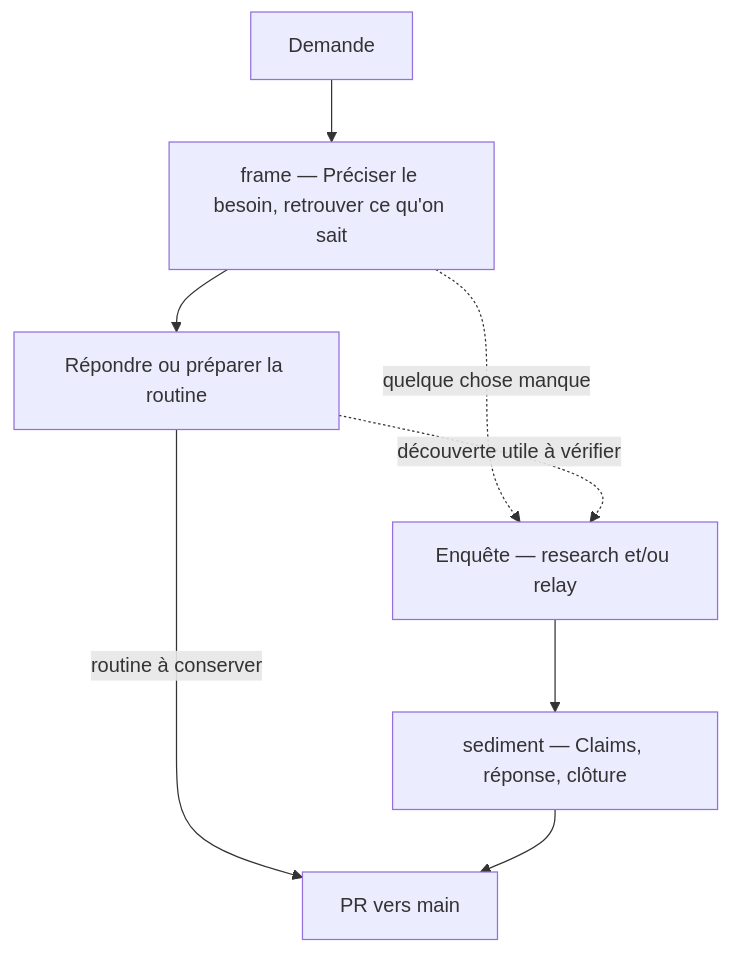
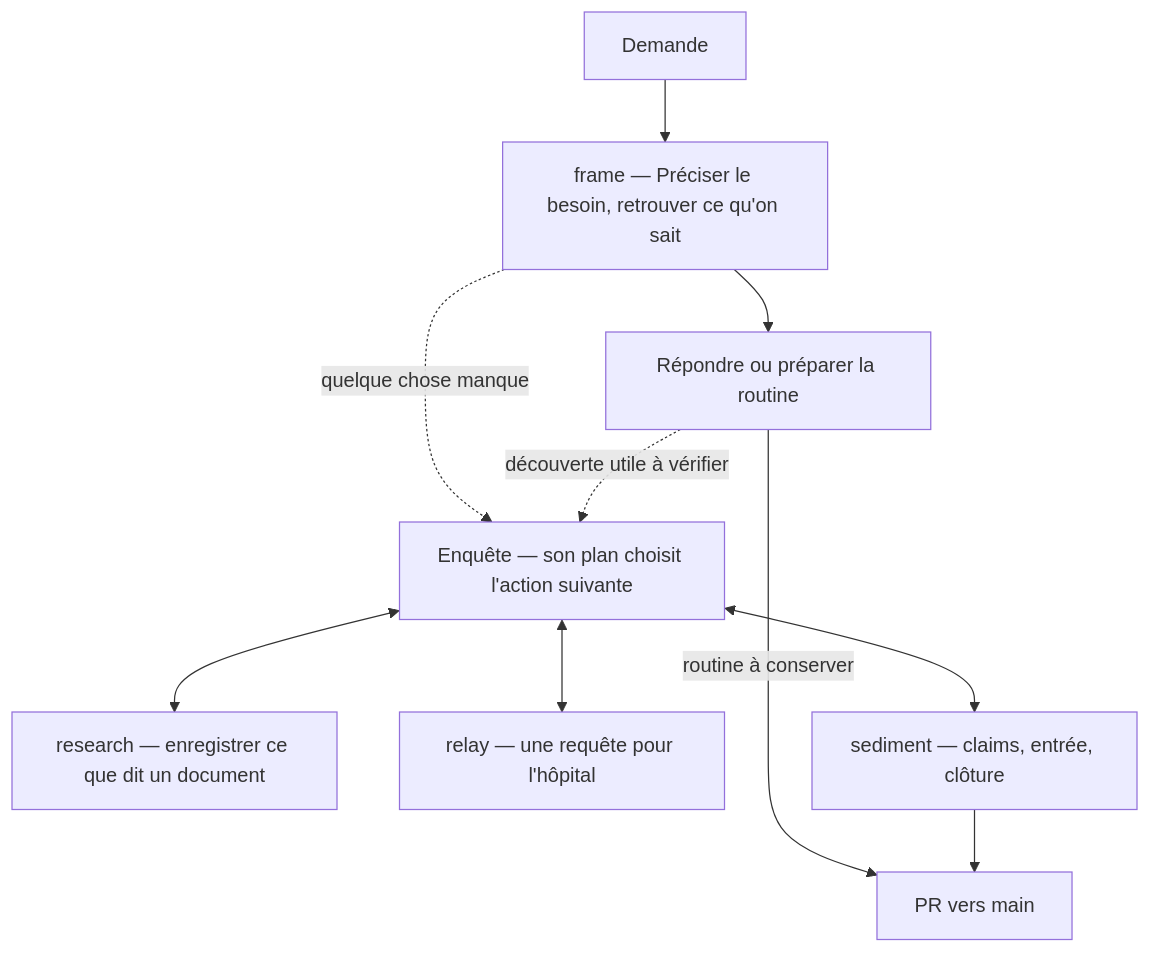
The diagram in README.md (FrancescoMonti-source/chu-data-knowledge), drawn with Mermaid before and after one commit. The commit also changed other lines of this file and 12 other files, not shown here.

````diff
--- a/README.md
+++ b/README.md
@@ -32,10 +32,12 @@
 ```mermaid
 flowchart TD
     Q["Demande"] --> F["frame — Préciser le besoin, retrouver ce qu'on sait"]
     F --> T["Répondre ou préparer la routine"]
-    F -. "quelque chose manque" .-> E["Enquête — research et/ou relay"]
+    F -. "quelque chose manque" .-> E["Enquête — son plan choisit l'action suivante"]
     T -. "découverte utile à vérifier" .-> E
-    E --> S["sediment — Claims, réponse, clôture"]
+    E <--> D["research — enregistrer ce que dit un document"]
+    E <--> R["relay — une requête pour l'hôpital"]
+    E <--> S["sediment — claims, entrée, clôture"]
     T -->|"routine à conserver"| PR["PR vers main"]
     S --> PR
 ```
````
